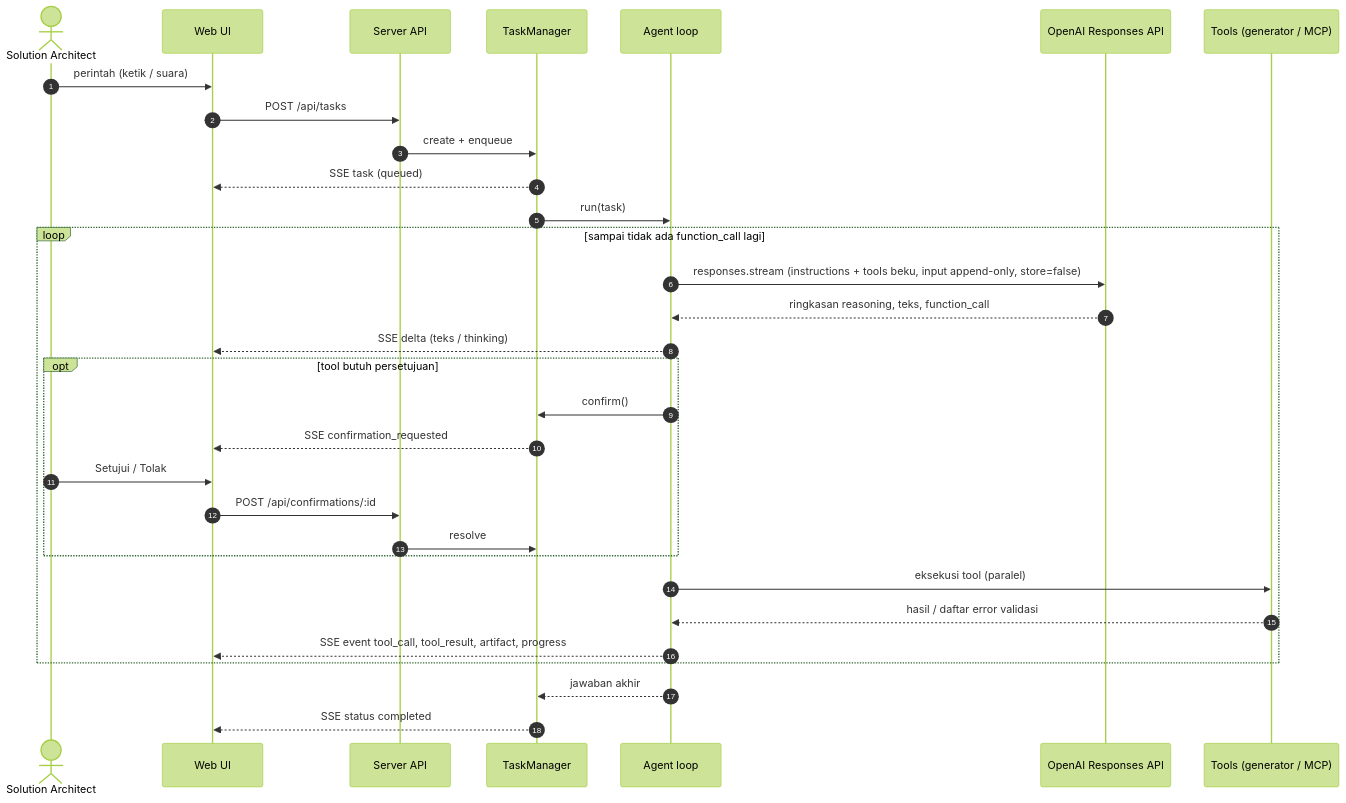
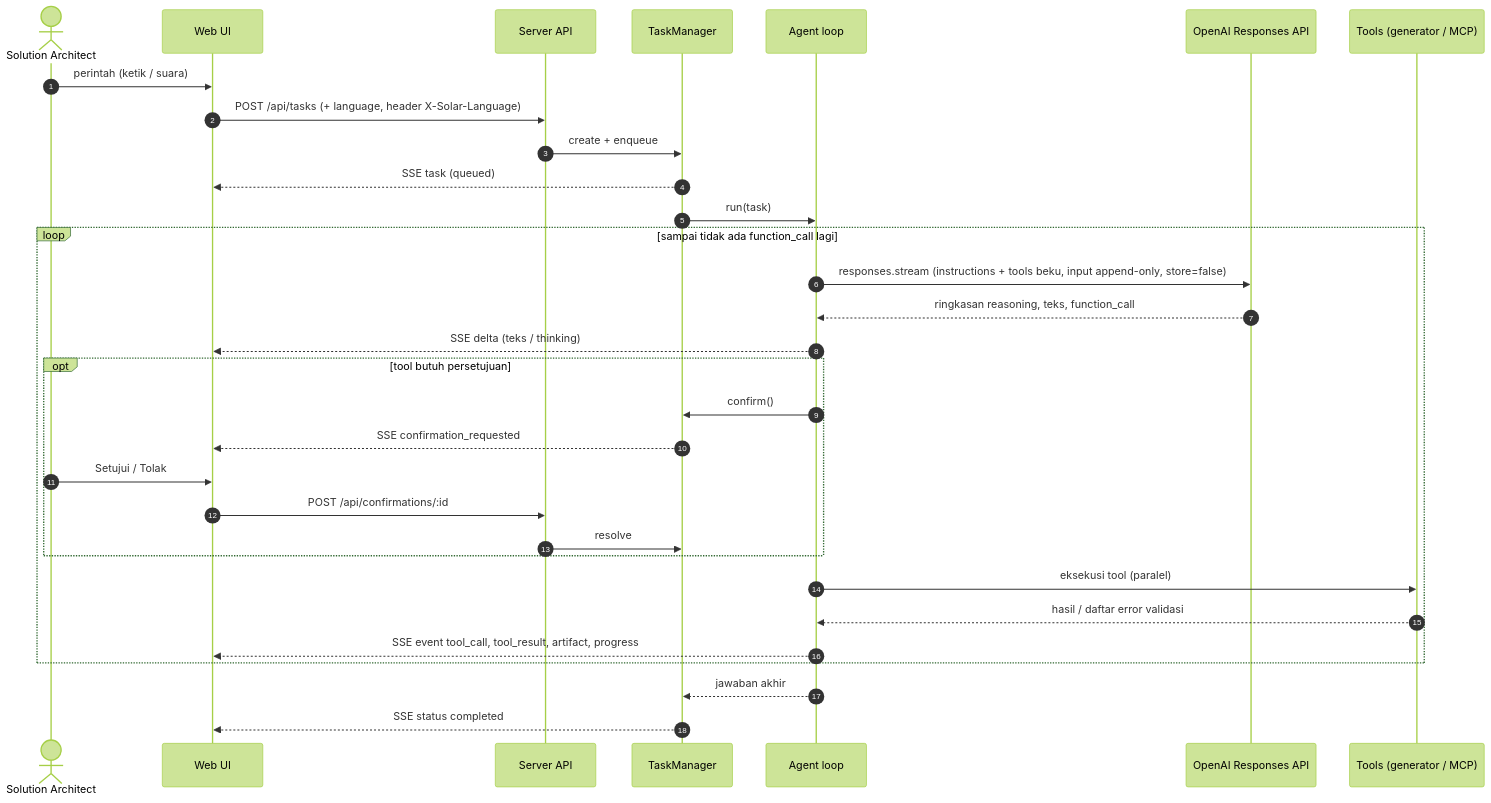
Before and after one commit to arumora-id/solar: the diagram in docs/ARCHITECTURE.md, drawn with Mermaid (forest theme). The commit also changed other lines of this file and 163 other files, not shown here.

````diff
--- a/docs/ARCHITECTURE.md
+++ b/docs/ARCHITECTURE.md
@@ -16,33 +16,33 @@
 ```mermaid
 sequenceDiagram
     autonumber
     actor SA as Solution Architect
     participant UI as Web UI
     participant API as Server API
     participant TM as TaskManager
     participant AG as Agent loop
     participant C as OpenAI Responses API
     participant T as Tools (generator / MCP)
     SA->>UI: perintah (ketik / suara)
-    UI->>API: POST /api/tasks
+    UI->>API: POST /api/tasks (+ language, header X-Solar-Language)
     API->>TM: create + enqueue
     TM-->>UI: SSE task (queued)
     TM->>AG: run(task)
     loop sampai tidak ada function_call lagi
         AG->>C: responses.stream (instructions + tools beku, input append-only, store=false)
         C-->>AG: ringkasan reasoning, teks, function_call
         AG-->>UI: SSE delta (teks / thinking)
         opt tool butuh persetujuan
             AG->>TM: confirm()
             TM-->>UI: SSE confirmation_requested
             SA->>UI: Setujui / Tolak
             UI->>API: POST /api/confirmations/:id
             API->>TM: resolve
         end
         AG->>T: eksekusi tool (paralel)
         T-->>AG: hasil / daftar error validasi
         AG-->>UI: SSE event tool_call, tool_result, artifact, progress
     end
     AG-->>TM: jawaban akhir
     TM-->>UI: SSE status completed
 ```
````
